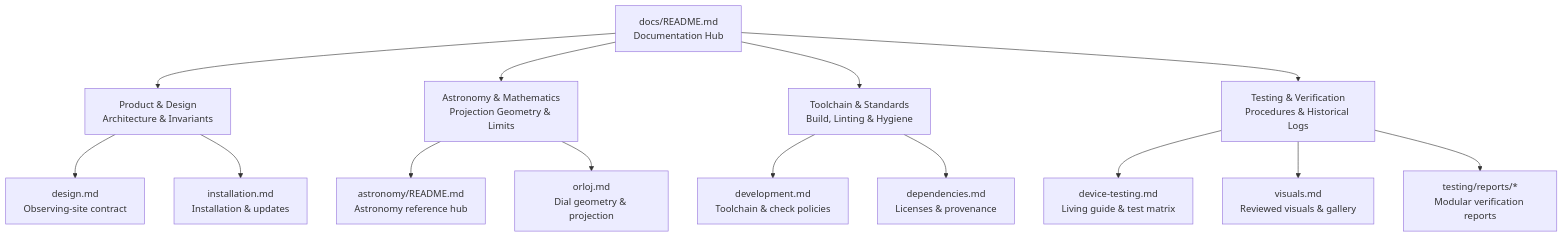
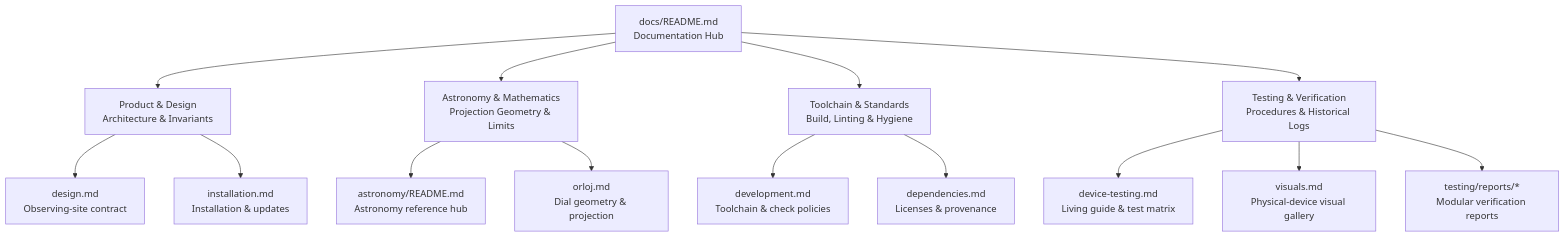
Before and after one commit to cmp0xff/astronomical-clocks-wallpaper: the diagram in docs/README.md, drawn with Mermaid. The commit also changed other lines of this file and 13 other files, not shown here.

````diff
--- a/docs/README.md
+++ b/docs/README.md
@@ -7,26 +7,26 @@
 ```mermaid
 graph TD
     DocsHub["docs/README.md<br/>Documentation Hub"]
     Design["Product & Design<br/>Architecture & Invariants"]
     Astronomy["Astronomy & Mathematics<br/>Projection Geometry & Limits"]
     Dev["Toolchain & Standards<br/>Build, Linting & Hygiene"]
     Testing["Testing & Verification<br/>Procedures & Historical Logs"]
     
     DocsHub --> Design
     DocsHub --> Astronomy
     DocsHub --> Dev
     DocsHub --> Testing
 
     Design --> D1["design.md<br/>Observing-site contract"]
     Design --> D2["installation.md<br/>Installation & updates"]
 
     Astronomy --> A1["astronomy/README.md<br/>Astronomy reference hub"]
     Astronomy --> A2["orloj.md<br/>Dial geometry & projection"]
 
     Dev --> V1["development.md<br/>Toolchain & check policies"]
     Dev --> V2["dependencies.md<br/>Licenses & provenance"]
 
     Testing --> T1["device-testing.md<br/>Living guide & test matrix"]
-    Testing --> T2["visuals.md<br/>Reviewed visuals & gallery"]
+    Testing --> T2["visuals.md<br/>Physical-device visual gallery"]
     Testing --> T3["testing/reports/*<br/>Modular verification reports"]
 ```
````
